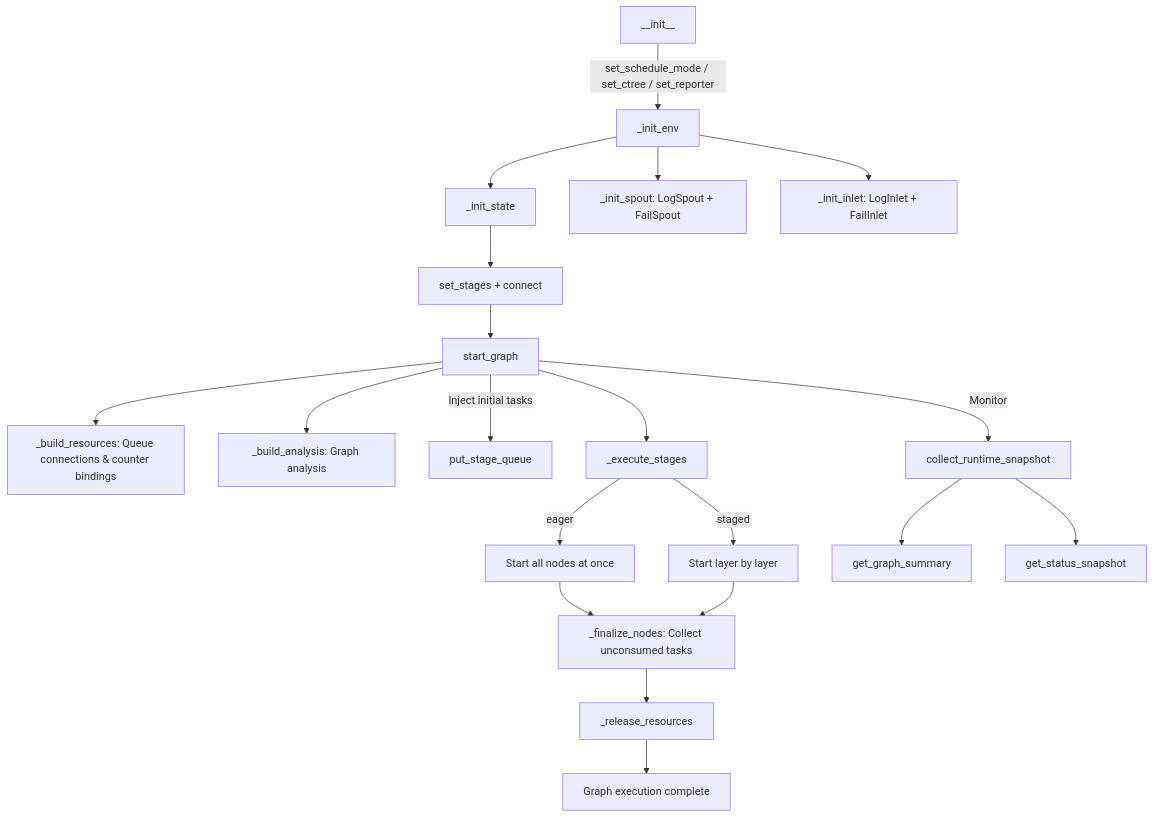
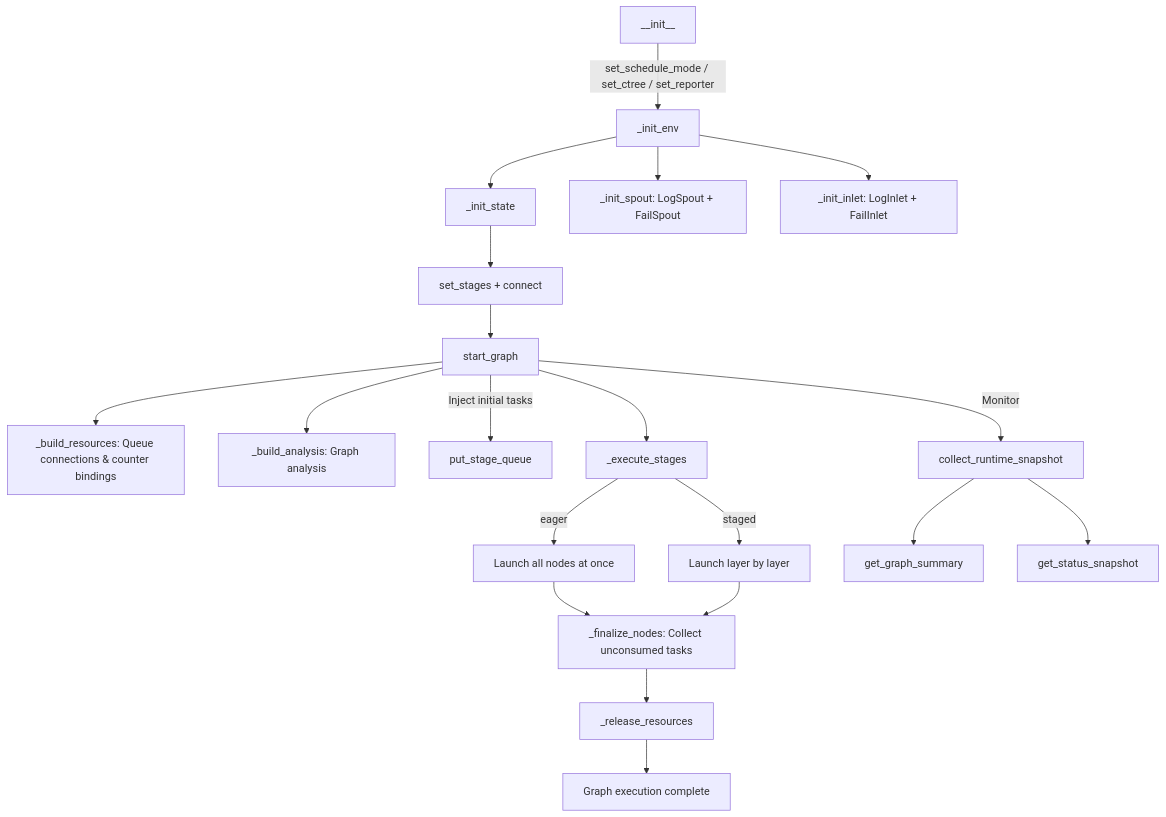
One commit to Mr-xiaotian/CelestialFlow changed the diagram in docs/en/src/graph/core_graph.md. Above: the diagram before and after it, drawn with Mermaid. The commit also changed other lines of this file and 278 other files, not shown here.

````diff
--- a/docs/en/src/graph/core_graph.md
+++ b/docs/en/src/graph/core_graph.md
@@ -206,23 +210,23 @@
 ```mermaid
 flowchart TD
     INIT[__init__] -->|set_schedule_mode / set_ctree / set_reporter| ENV[_init_env]
     ENV --> STATE[_init_state]
     ENV --> SPOUT[_init_spout: LogSpout + FailSpout]
     ENV --> INLET[_init_inlet: LogInlet + FailInlet]
     STATE --> BUILD[set_stages + connect]
     BUILD --> START[start_graph]
     START --> RESOURCES[_build_resources: Queue connections & counter bindings]
     START --> ANALYSIS[_build_analysis: Graph analysis]
     START -->|Inject initial tasks| PUT[put_stage_queue]
     START --> EXEC[_execute_stages]
-    EXEC -->|eager| ALL[Start all nodes at once]
-    EXEC -->|staged| LAYER[Start layer by layer]
+    EXEC -->|eager| ALL[Launch all nodes at once]
+    EXEC -->|staged| LAYER[Launch layer by layer]
     ALL --> FINALIZE[_finalize_nodes: Collect unconsumed tasks]
     LAYER --> FINALIZE
     FINALIZE --> RELEASE[_release_resources]
     RELEASE --> END[Graph execution complete]
-    
+
     START -->|Monitor| SNAPSHOT[collect_runtime_snapshot]
     SNAPSHOT --> SUMMARY[get_graph_summary]
     SNAPSHOT --> STATUS[get_status_snapshot]
 ```
````
